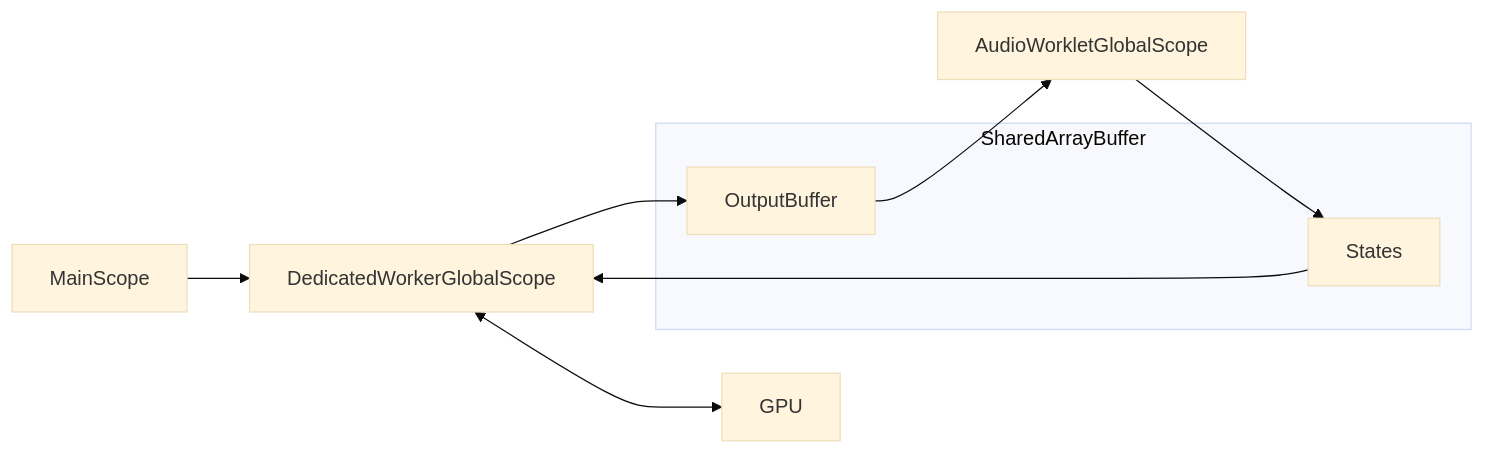
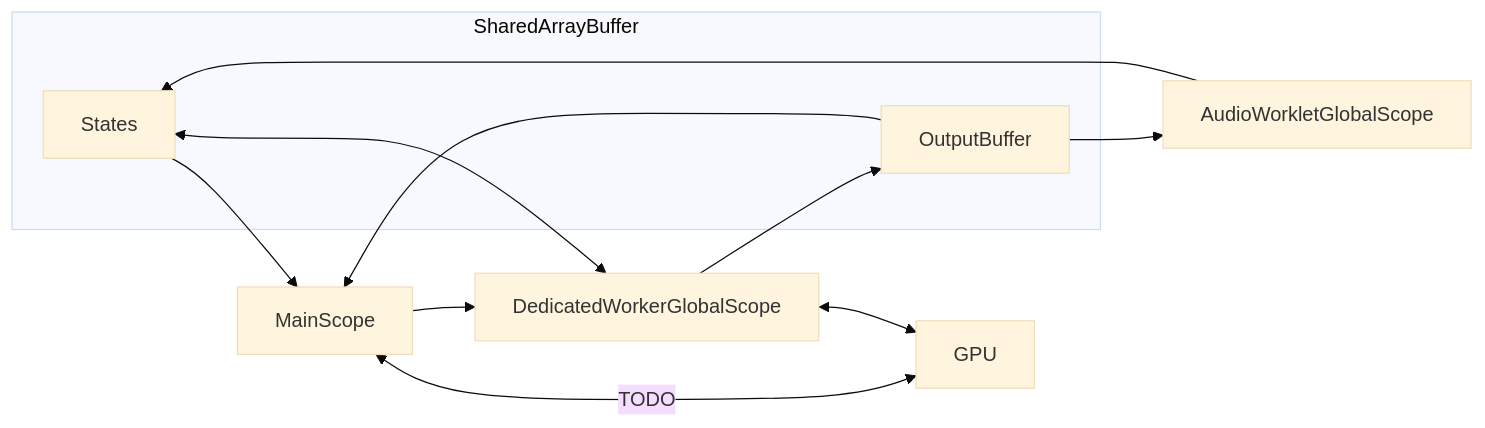
One commit to intsuc/webgpu-synth changed the diagram in README.md. Above: the diagram before and after it, drawn with Mermaid (base theme).

Commit message:
Update architecture diagram

````diff
--- a/README.md
+++ b/README.md
@@ -5,16 +5,19 @@
 ```mermaid
 flowchart LR
-  MainScope --> DedicatedWorkerGlobalScope
-
-  DedicatedWorkerGlobalScope --> OutputBuffer
-  States --> DedicatedWorkerGlobalScope
-  DedicatedWorkerGlobalScope <--> GPU
-
   subgraph SharedArrayBuffer
     States
     OutputBuffer
   end
 
+  MainScope --> DedicatedWorkerGlobalScope
+  States --> MainScope
+  OutputBuffer --> MainScope
+  MainScope <-- TODO --> GPU
+
+  DedicatedWorkerGlobalScope --> OutputBuffer
+  DedicatedWorkerGlobalScope <--> States
+  DedicatedWorkerGlobalScope <--> GPU
+
+  AudioWorkletGlobalScope --> States
   OutputBuffer --> AudioWorkletGlobalScope
-  AudioWorkletGlobalScope --> States
 ```
````
